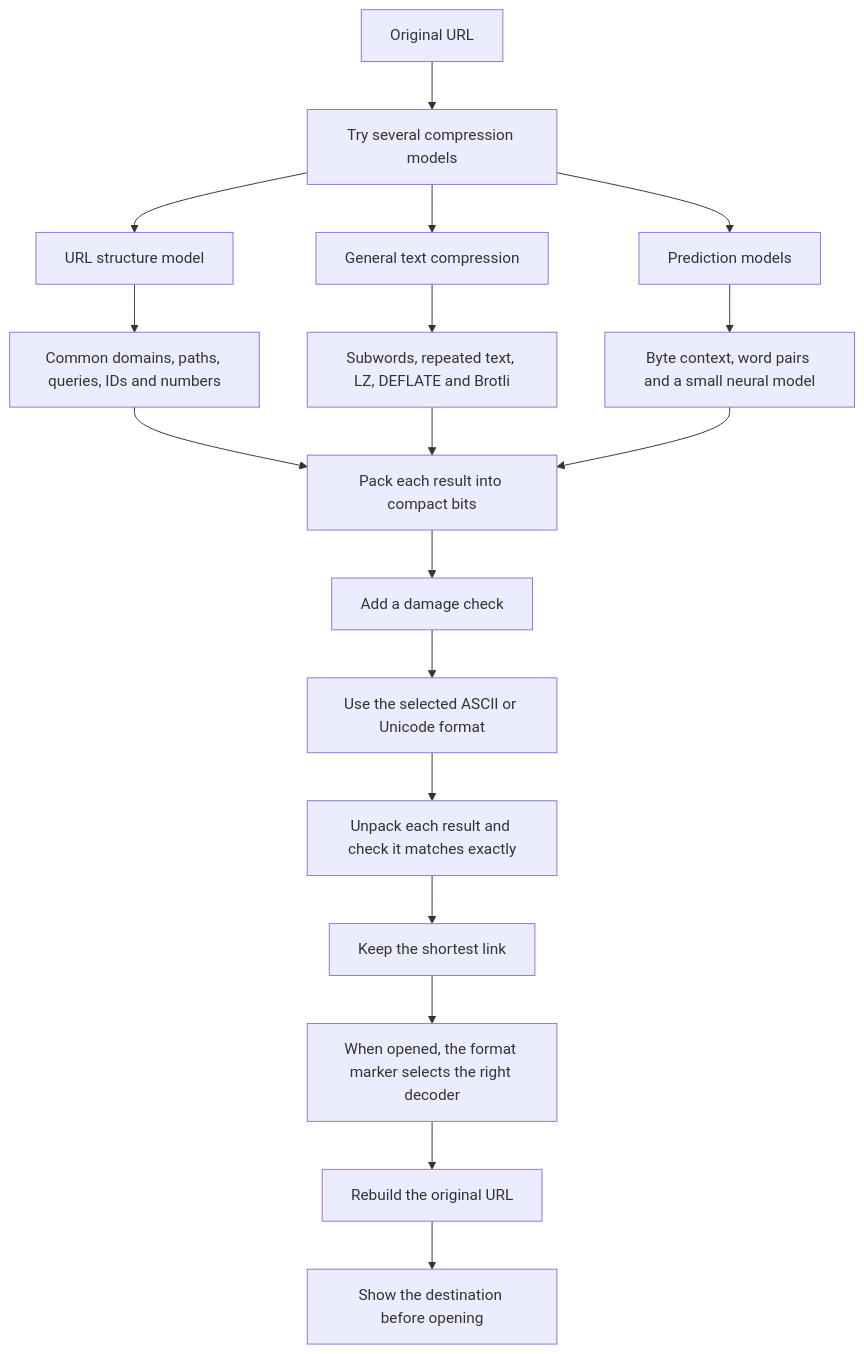
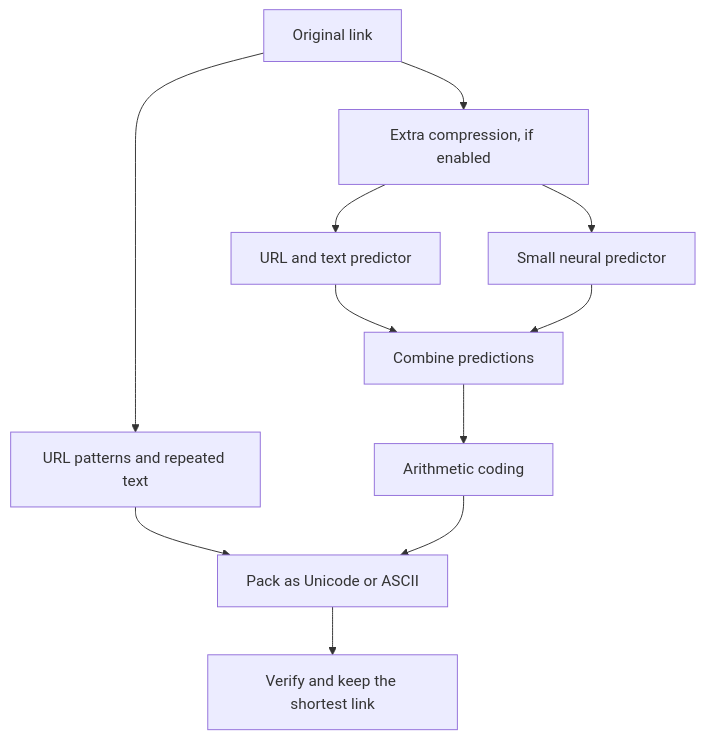
One commit to avkean/pi.sg changed the diagram in README.md. Above: the diagram before and after it, drawn with Mermaid. The commit also changed other lines of this file and 61 other files, not shown here.

````diff
--- a/README.md
+++ b/README.md
@@ -27,25 +25,13 @@
 ```mermaid
 flowchart TD
-    A[Original URL] --> B[Try several compression models]
-
-    B --> C[URL structure model]
-    B --> D[General text compression]
-    B --> E[Prediction models]
-
-    C --> C1[Common domains, paths, queries, IDs and numbers]
-    D --> D1[Subwords, repeated text, LZ, DEFLATE and Brotli]
-    E --> E1[Byte context, word pairs and a small neural model]
-
-    C1 --> F[Pack each result into compact bits]
-    D1 --> F
-    E1 --> F
-
-    F --> G[Add a damage check]
-    G --> H[Use the selected ASCII or Unicode format]
-    H --> I[Unpack each result and check it matches exactly]
-    I --> J[Keep the shortest link]
-
-    J --> K[When opened, the format marker selects the right decoder]
-    K --> L[Rebuild the original URL]
-    L --> M[Show the destination before opening]
+    A[Original link] --> B[URL patterns and repeated text]
+    A --> C[Extra compression, if enabled]
+    C --> D[URL and text predictor]
+    C --> E[Small neural predictor]
+    D --> F[Combine predictions]
+    E --> F
+    F --> G[Arithmetic coding]
+    B --> H[Pack as Unicode or ASCII]
+    G --> H
+    H --> I[Verify and keep the shortest link]
 ```
````
